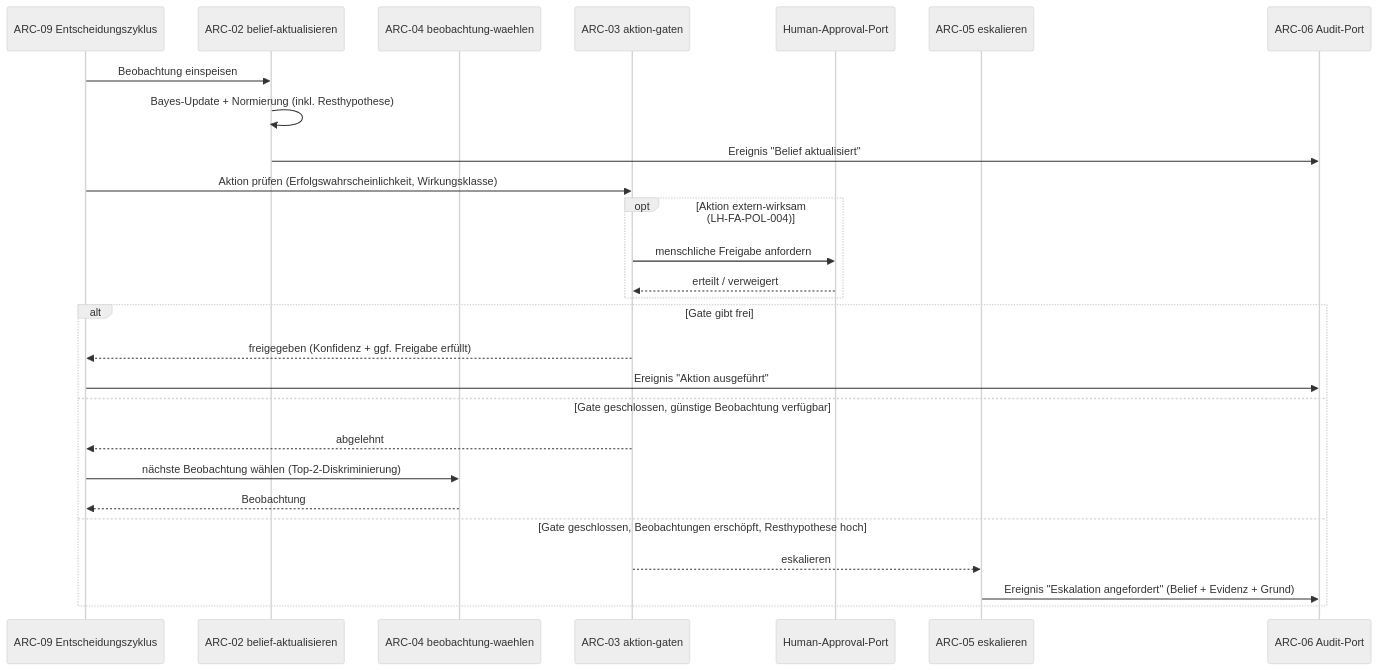
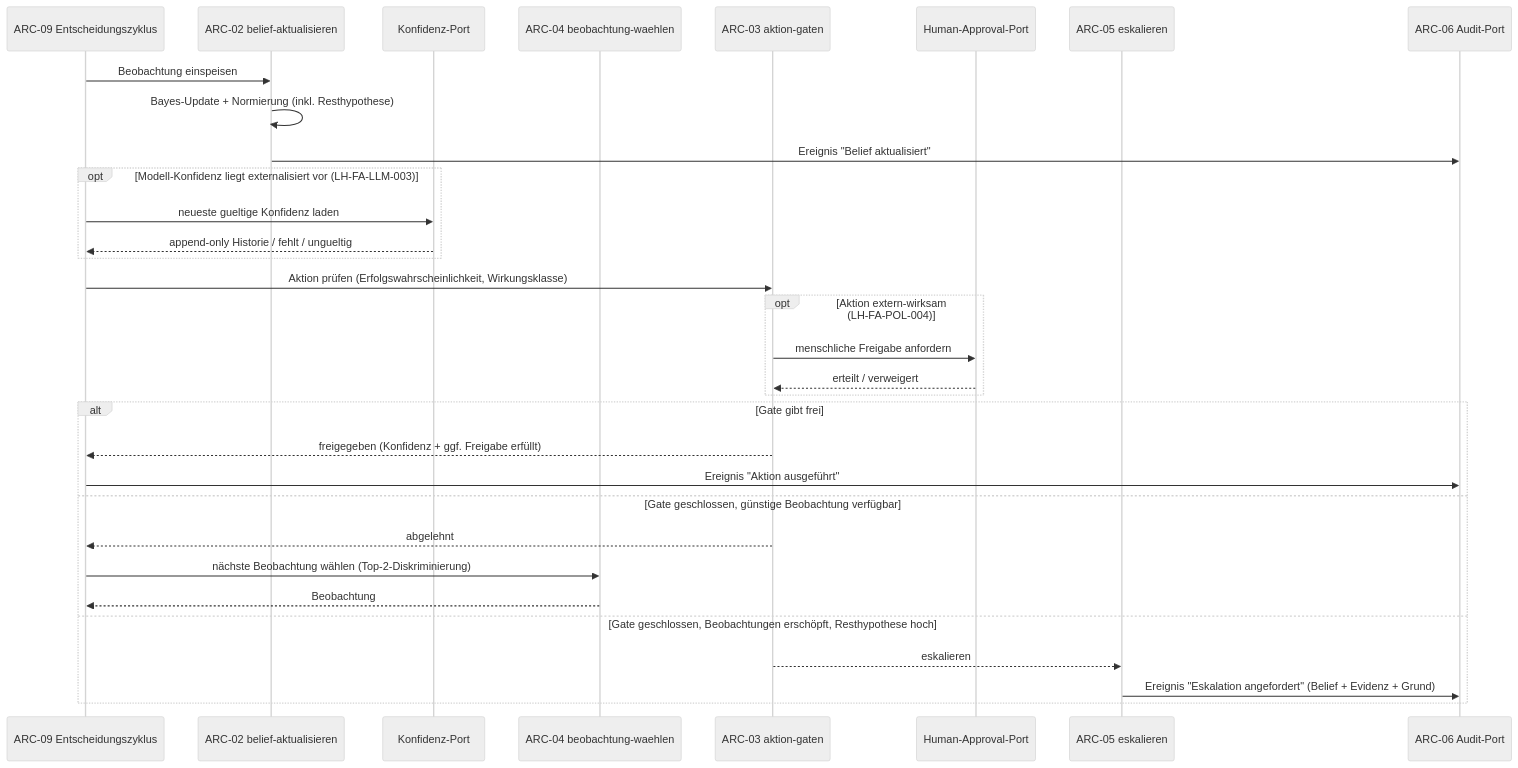
The second of 2 diagrams in spec/architecture.md (pt9912/belief-agent), drawn with Mermaid (neutral theme) before and after one commit. The commit also changed other lines of this file and 6 other files, not shown here.

````diff
--- a/spec/architecture.md
+++ b/spec/architecture.md
@@ -133,30 +136,35 @@
 ```mermaid
 sequenceDiagram
     participant Runtime as ARC-09 Entscheidungszyklus
     participant Engine as ARC-02 belief-aktualisieren
+    participant Conf as Konfidenz-Port
     participant VoI as ARC-04 beobachtung-waehlen
     participant Gate as ARC-03 aktion-gaten
     participant Appr as Human-Approval-Port
     participant Esk as ARC-05 eskalieren
     participant Audit as ARC-06 Audit-Port
 
     Runtime->>Engine: Beobachtung einspeisen
     Engine->>Engine: Bayes-Update + Normierung (inkl. Resthypothese)
     Engine->>Audit: Ereignis "Belief aktualisiert"
+    opt Modell-Konfidenz liegt externalisiert vor (LH-FA-LLM-003)
+        Runtime->>Conf: neueste gueltige Konfidenz laden
+        Conf-->>Runtime: append-only Historie / fehlt / ungueltig
+    end
     Runtime->>Gate: Aktion prüfen (Erfolgswahrscheinlichkeit, Wirkungsklasse)
     opt Aktion extern-wirksam (LH-FA-POL-004)
         Gate->>Appr: menschliche Freigabe anfordern
         Appr-->>Gate: erteilt / verweigert
     end
     alt Gate gibt frei
         Gate-->>Runtime: freigegeben (Konfidenz + ggf. Freigabe erfüllt)
         Runtime->>Audit: Ereignis "Aktion ausgeführt"
     else Gate geschlossen, günstige Beobachtung verfügbar
         Gate-->>Runtime: abgelehnt
         Runtime->>VoI: nächste Beobachtung wählen (Top-2-Diskriminierung)
         VoI-->>Runtime: Beobachtung
     else Gate geschlossen, Beobachtungen erschöpft, Resthypothese hoch
         Gate-->>Esk: eskalieren
         Esk->>Audit: Ereignis "Eskalation angefordert" (Belief + Evidenz + Grund)
     end
 ```
````
